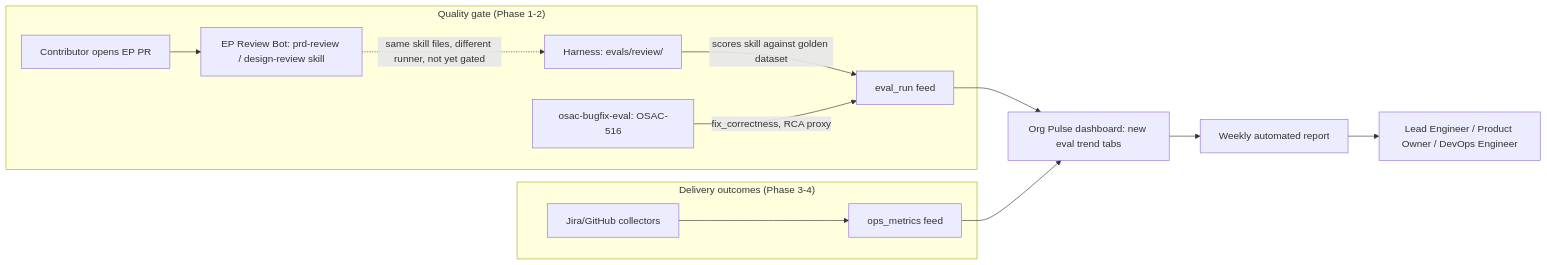
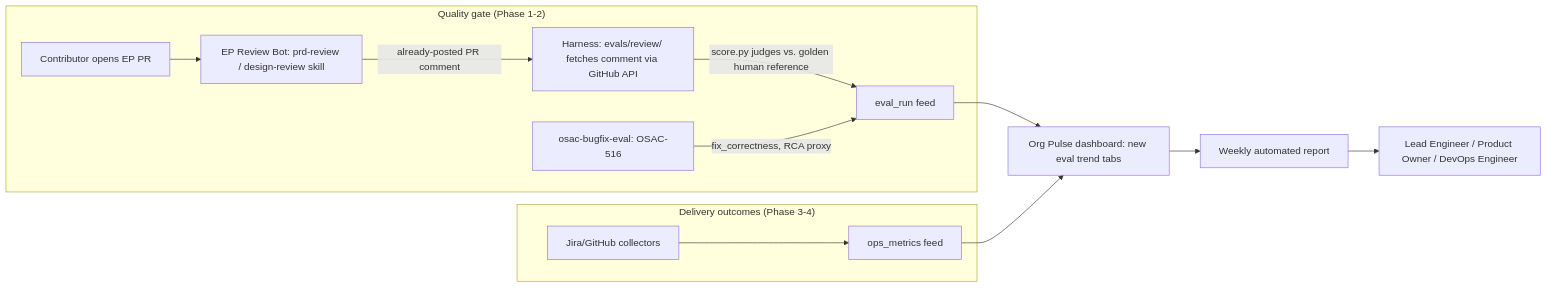
One commit to tchughesiv/enhancement-proposals changed the diagram in enhancements/OSAC-959-agentic-sdlc-measurement/design.md. Above: the diagram before and after it, drawn with Mermaid. The commit also changed other lines of this file, not shown here.

First line of the commit message:
OSAC-959: revise design for Option C+ (score bot output, drop local execution layer)

````diff
--- a/enhancements/OSAC-959-agentic-sdlc-measurement/design.md
+++ b/enhancements/OSAC-959-agentic-sdlc-measurement/design.md
@@ -54,16 +55,16 @@
 ```mermaid
 flowchart LR
     subgraph "Quality gate (Phase 1-2)"
         A[Contributor opens EP PR] --> B[EP Review Bot: prd-review / design-review skill]
-        C[Harness: evals/review/] -->|scores skill against golden dataset| D[eval_run feed]
+        B -->|already-posted PR comment| C[Harness: evals/review/ fetches comment via GitHub API]
+        C -->|score.py judges vs. golden human reference| D[eval_run feed]
         E[osac-bugfix-eval: OSAC-516] -->|fix_correctness, RCA proxy| D
     end
     subgraph "Delivery outcomes (Phase 3-4)"
         F[Jira/GitHub collectors] --> G[ops_metrics feed]
     end
     D --> H[Org Pulse dashboard: new eval trend tabs]
     G --> H
     H --> I[Weekly automated report]
     I --> J[Lead Engineer / Product Owner / DevOps Engineer]
-    B -.->|same skill files, different runner, not yet gated| C
 ```
````
